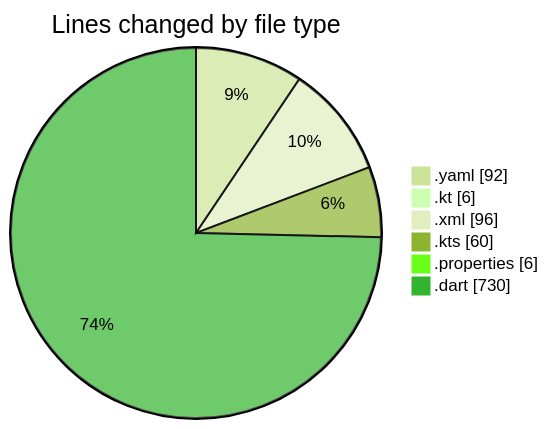
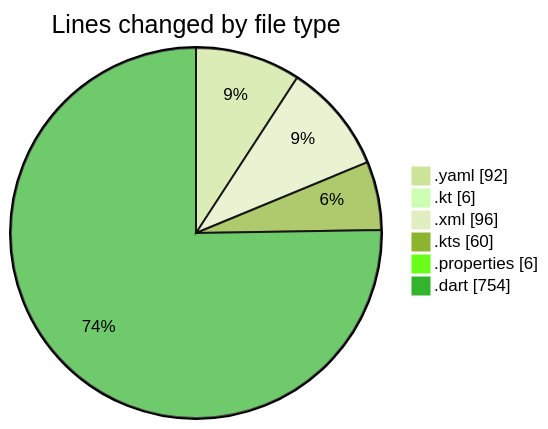
One commit to donsfak/code-tracking changed the first of 2 diagrams in 2025-02-19/uber_clone/README.md. Above: the diagram before and after it, drawn with Mermaid (forest theme). The commit also changed other lines of this file and 1 other file, not shown here.

````diff
--- a/2025-02-19/uber_clone/README.md
+++ b/2025-02-19/uber_clone/README.md
@@ -29,10 +29,10 @@
 ```mermaid
 pie showData
 title Lines changed by file type
 ".yaml" : 92
 ".kt" : 6
 ".xml" : 96
 ".kts" : 60
 ".properties" : 6
-".dart" : 730
+".dart" : 754
 ```
````
